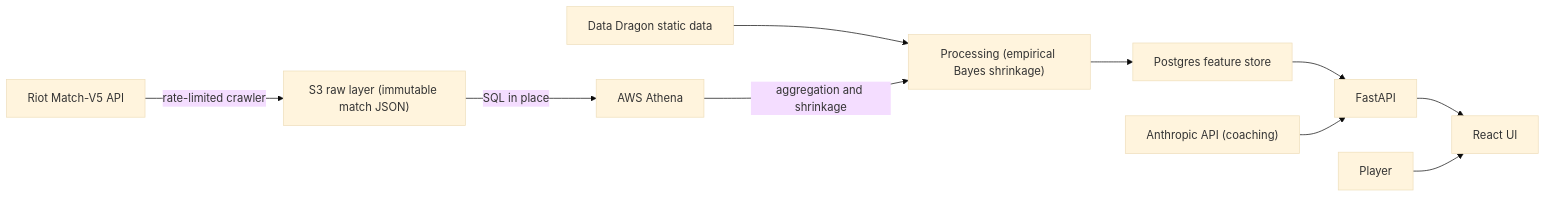
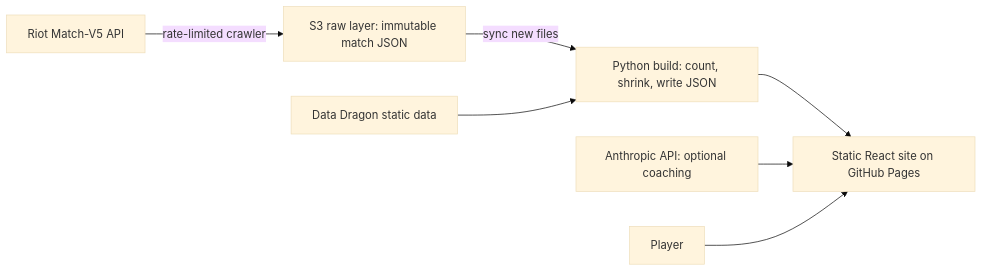
Before and after one commit to lyonstran/lol-matchup-analytics: the diagram in README.md, drawn with Mermaid (base theme). The commit also changed other lines of this file, not shown here.

Commit message:
README: document the v2 static architecture

````diff
--- a/README.md
+++ b/README.md
@@ -121,12 +125,9 @@
 ```mermaid
 flowchart LR
-    Riot["Riot Match-V5 API"] -->|"rate-limited crawler"| S3["S3 raw layer (immutable match JSON)"]
-    DDragon["Data Dragon static data"] --> Load
-    S3 -->|"SQL in place"| Athena["AWS Athena"]
-    Athena -->|"aggregation and shrinkage"| Load["Processing (empirical Bayes shrinkage)"]
-    Load --> PG["Postgres feature store"]
-    PG --> API["FastAPI"]
-    API --> Web["React UI"]
-    Claude["Anthropic API (coaching)"] --> API
-    User["Player"] --> Web
+    Riot["Riot Match-V5 API"] -->|"rate-limited crawler"| S3["S3 raw layer: immutable match JSON"]
+    S3 -->|"sync new files"| Build["Python build: count, shrink, write JSON"]
+    DDragon["Data Dragon static data"] --> Build
+    Build --> Site["Static React site on GitHub Pages"]
+    Claude["Anthropic API: optional coaching"] --> Site
+    User["Player"] --> Site
 ```
````
